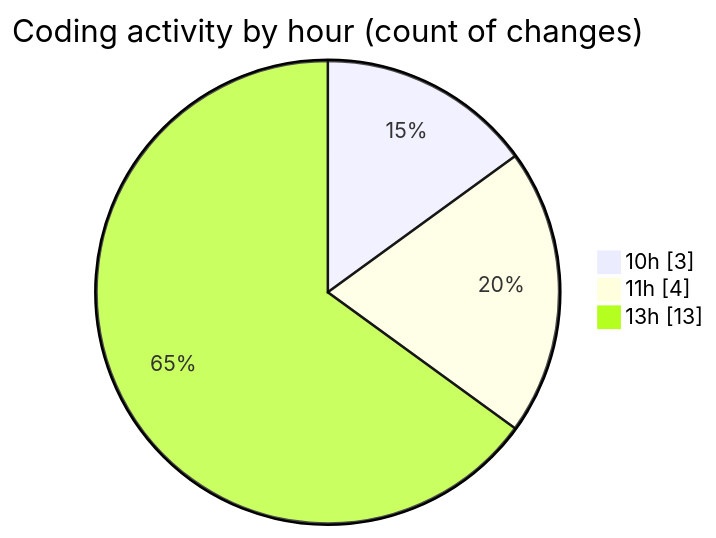
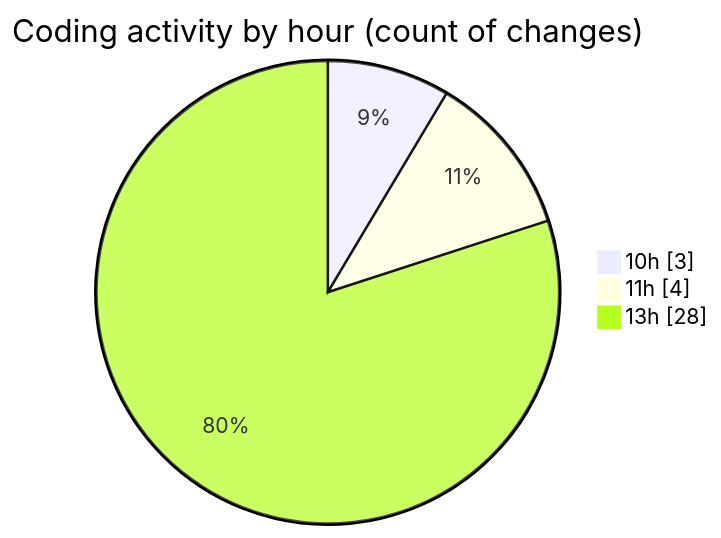
Before and after one commit to momahboobian/code-tracking: the second of 2 diagrams in 2025-08-14/cda/README.md, drawn with Mermaid. The commit also changed other lines of this file and 1 other file, not shown here.

````diff
--- a/2025-08-14/cda/README.md
+++ b/2025-08-14/cda/README.md
@@ -42,7 +43,7 @@
 ```mermaid
 pie showData
 title Coding activity by hour (count of changes)
 "10h" : 3
 "11h" : 4
-"13h" : 13
+"13h" : 28
 ```
````
